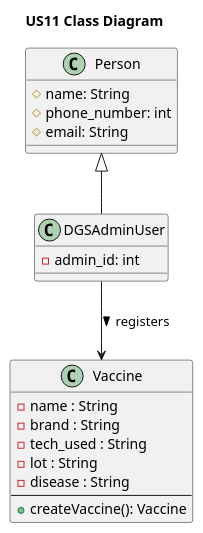
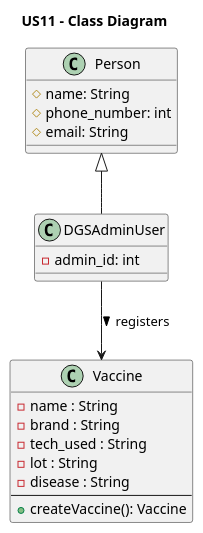
Before and after one commit to pedroguilherme-web/leti-esoft-25-26-A1: the diagram in docs/system-documentation/US11/puml/US11-CD.puml, drawn with PlantUML. The commit also changed 1 other file, not shown here.

```diff
--- a/docs/system-documentation/US11/puml/US11-CD.puml
+++ b/docs/system-documentation/US11/puml/US11-CD.puml
@@ -1,30 +1,30 @@
 @startuml
 'https://plantuml.com/class-diagram
 
-title US11 Class Diagram
+title US11 - Class Diagram
 
 class DGSAdminUser {
     - admin_id: int
  }
 
 class Person {
     # name: String
     # phone_number: int
     # email: String
 }
 
 class Vaccine {
    - name : String
    - brand : String
    - tech_used : String
    - lot : String
    - disease : String
    --
    + createVaccine(): Vaccine
 }
 
 
 Person <|-- DGSAdminUser
 DGSAdminUser --> Vaccine : registers >
 
 @enduml
```
